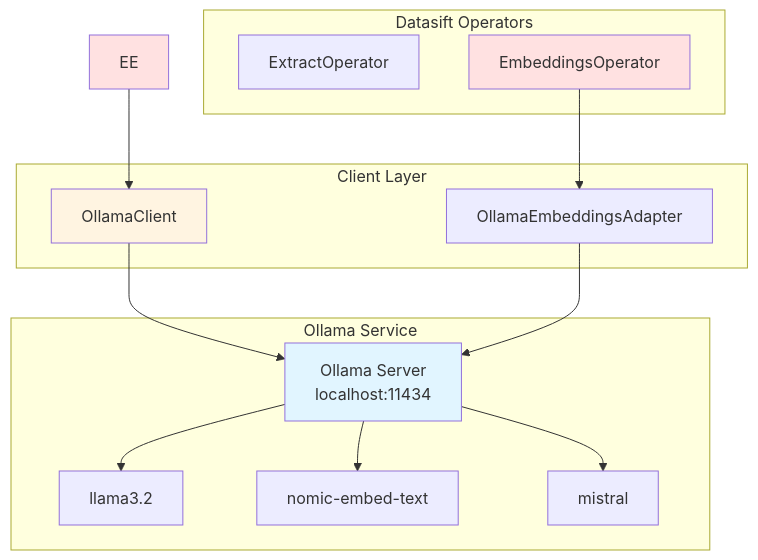
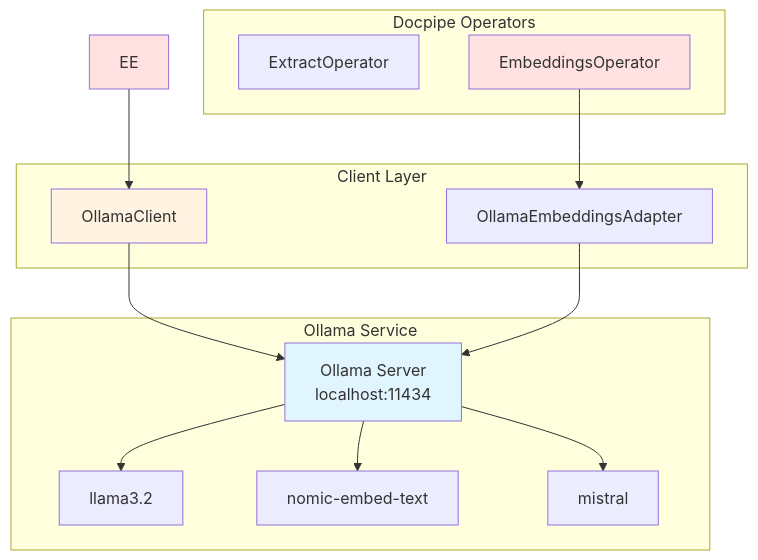
Before and after one commit to anupvarma007-ui/datasift-opensource: diagram 13 of 31 in ARCHITECTURE.md, drawn with Mermaid. The commit also changed other lines of this file and 1237 other files, not shown here.

First line of the commit message:
chore: rename datasift to docling-pipelines (docpipe internally) (#669)

````diff
--- a/ARCHITECTURE.md
+++ b/ARCHITECTURE.md
@@ -1463,32 +1463,32 @@
 ```mermaid
 graph TB
-    subgraph "Datasift Operators"
+    subgraph "Docpipe Operators"
         EXT[ExtractOperator]
         EMB[EmbeddingsOperator]
     end
 
     subgraph "Client Layer"
         OC[OllamaClient]
         OEA[OllamaEmbeddingsAdapter]
     end
 
     subgraph "Ollama Service"
         OS[Ollama Server<br/>localhost:11434]
         M1[llama3.2]
         M2[nomic-embed-text]
         M3[mistral]
     end
 
     EE --> OC
     EMB --> OEA
     OC --> OS
     OEA --> OS
     OS --> M1
     OS --> M2
     OS --> M3
 
     style EE fill:#ffe1e1
     style EMB fill:#ffe1e1
     style OC fill:#fff4e1
     style OS fill:#e1f5ff
 ```
````
